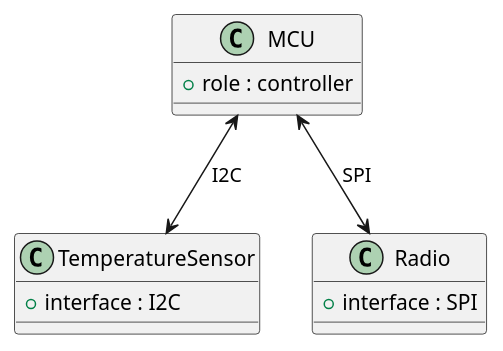
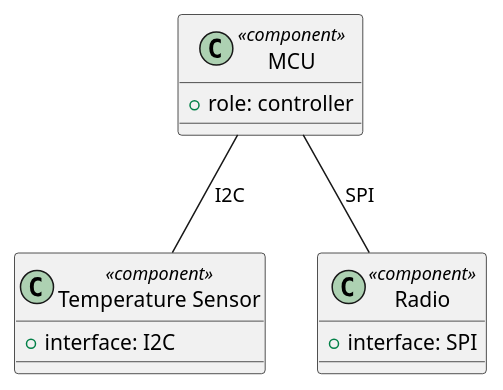
The diagram in examples/cross-format/embedded-controller/model.puml (majikmushi/gpt_templates), drawn with PlantUML before and after one commit. The commit also changed 41 other files, not shown here.

```diff
--- a/examples/cross-format/embedded-controller/model.puml
+++ b/examples/cross-format/embedded-controller/model.puml
@@ -1,13 +1,13 @@
 @startuml
-class MCU {
-  +role : controller
+class "MCU" as mcu <<component>> {
+  +role: controller
 }
-class TemperatureSensor {
-  +interface : I2C
+class "Temperature Sensor" as sensor <<component>> {
+  +interface: I2C
 }
-class Radio {
-  +interface : SPI
+class "Radio" as radio <<component>> {
+  +interface: SPI
 }
-MCU <--> TemperatureSensor : I2C
-MCU <--> Radio : SPI
+mcu -- sensor : I2C
+mcu -- radio : SPI
 @enduml
```
